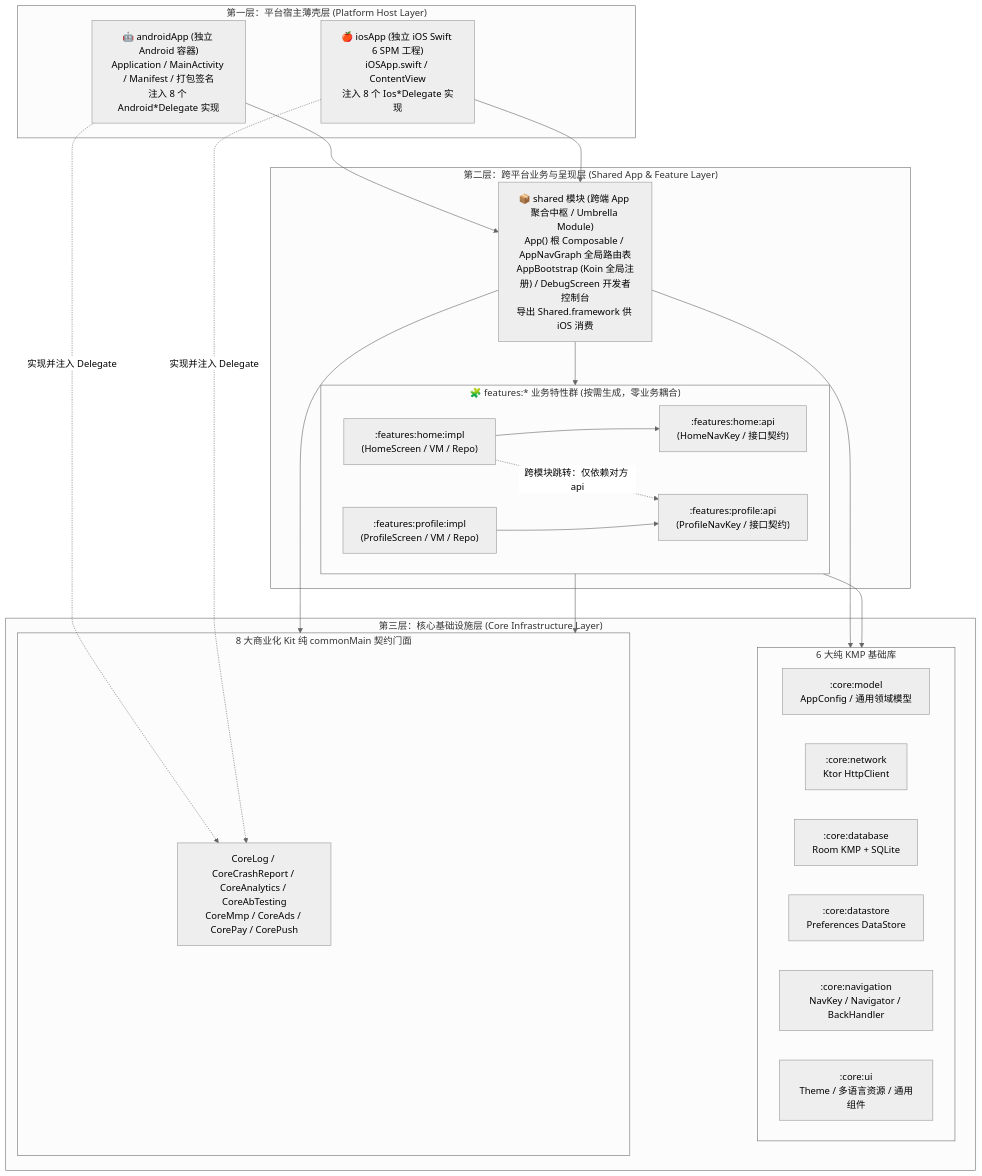
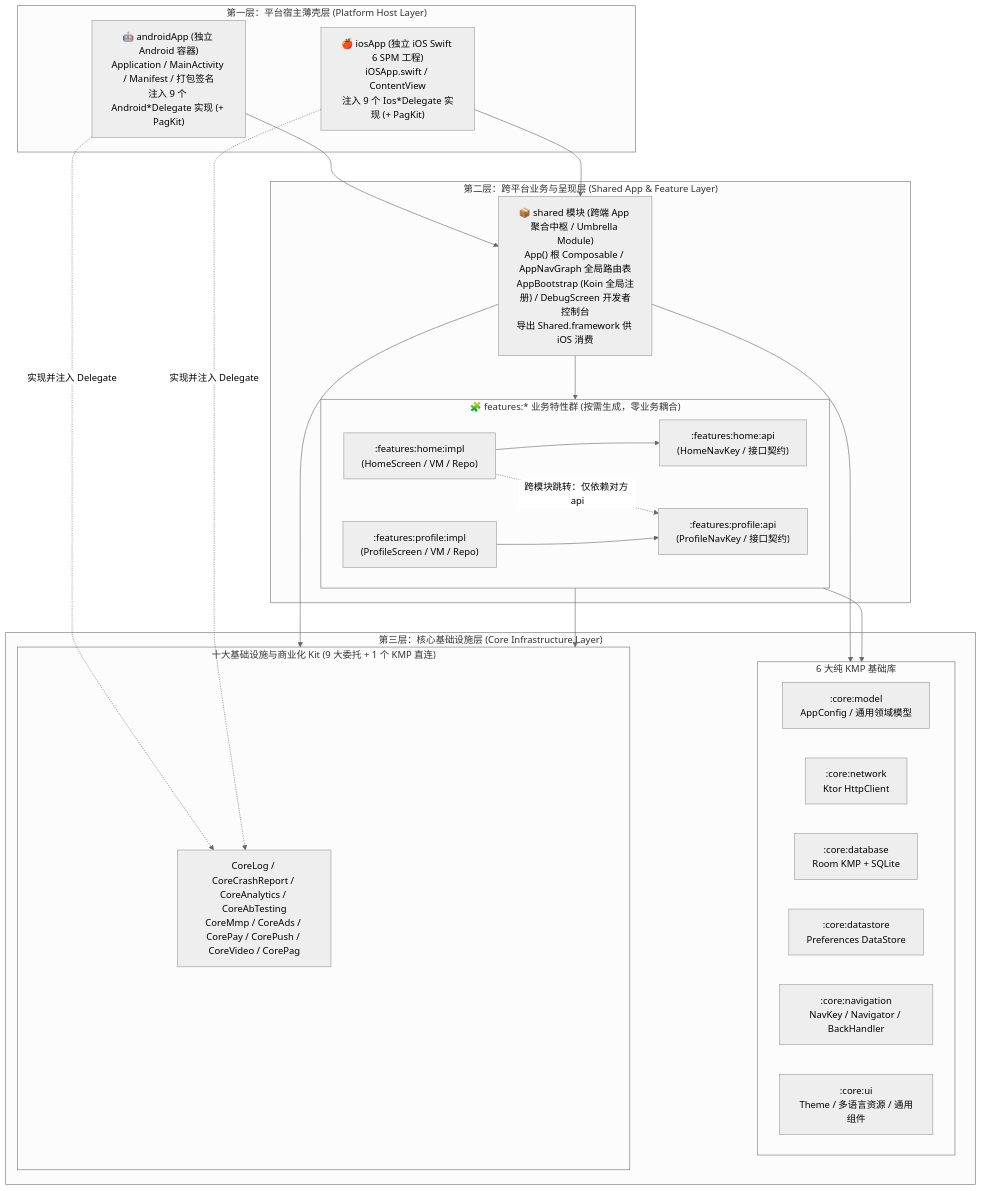
The first of 5 diagrams in README.md (e-hai/Architecture), drawn with Mermaid (neutral theme) before and after one commit. The commit also changed other lines of this file and 50 other files, not shown here.

Commit message:
chore(arch): harden scaffold scripts, upgrade AdsKit 1.0.3 & MmpKit 1.0.1, set targetSdk 35, and gitignore xcodeproj

````diff
--- a/README.md
+++ b/README.md
@@ -86,49 +89,49 @@
 ```mermaid
 flowchart TD
     subgraph Tier1["第一层：平台宿主薄壳层 (Platform Host Layer)"]
-        AndroidApp["🤖 androidApp (独立 Android 容器)\nApplication / MainActivity / Manifest / 打包签名\n注入 8 个 Android*Delegate 实现"]
-        IosApp["🍎 iosApp (独立 iOS Swift 6 SPM 工程)\niOSApp.swift / ContentView\n注入 8 个 Ios*Delegate 实现"]
+        AndroidApp["🤖 androidApp (独立 Android 容器)\nApplication / MainActivity / Manifest / 打包签名\n注入 9 个 Android*Delegate 实现 (+ PagKit)"]
+        IosApp["🍎 iosApp (独立 iOS Swift 6 SPM 工程)\niOSApp.swift / ContentView\n注入 9 个 Ios*Delegate 实现 (+ PagKit)"]
     end
 
     subgraph Tier2["第二层：跨平台业务与呈现层 (Shared App & Feature Layer)"]
         Shared["📦 shared 模块 (跨端 App 聚合中枢 / Umbrella Module)\nApp() 根 Composable / AppNavGraph 全局路由表\nAppBootstrap (Koin 全局注册) / DebugScreen 开发者控制台\n导出 Shared.framework 供 iOS 消费"]
         
         subgraph FeaturesGroup["🧩 features:* 业务特性群 (按需生成，零业务耦合)"]
             direction LR
             HomeApi[":features:home:api\n(HomeNavKey / 接口契约)"]
             HomeImpl[":features:home:impl\n(HomeScreen / VM / Repo)"]
             ProfileApi[":features:profile:api\n(ProfileNavKey / 接口契约)"]
             ProfileImpl[":features:profile:impl\n(ProfileScreen / VM / Repo)"]
 
             HomeImpl --> HomeApi
             HomeImpl -.->|"跨模块跳转：仅依赖对方 api"| ProfileApi
             ProfileImpl --> ProfileApi
         end
 
         Shared --> FeaturesGroup
     end
 
     subgraph Tier3["第三层：核心基础设施层 (Core Infrastructure Layer)"]
         subgraph CoreBase["6 大纯 KMP 基础库"]
             CoreModel[":core:model\nAppConfig / 通用领域模型"]
             CoreNetwork[":core:network\nKtor HttpClient"]
             CoreDatabase[":core:database\nRoom KMP + SQLite"]
             CoreDatastore[":core:datastore\nPreferences DataStore"]
             CoreNav[":core:navigation\nNavKey / Navigator / BackHandler"]
             CoreUi[":core:ui\nTheme / 多语言资源 / 通用组件"]
         end
 
-        subgraph CoreKits["8 大商业化 Kit 纯 commonMain 契约门面"]
-            KitsFacade["CoreLog / CoreCrashReport / CoreAnalytics / CoreAbTesting\nCoreMmp / CoreAds / CorePay / CorePush"]
+        subgraph CoreKits["十大基础设施与商业化 Kit (9 大委托 + 1 个 KMP 直连)"]
+            KitsFacade["CoreLog / CoreCrashReport / CoreAnalytics / CoreAbTesting\nCoreMmp / CoreAds / CorePay / CorePush / CoreVideo / CorePag"]
         end
     end
 
     AndroidApp --> Shared
     IosApp --> Shared
     AndroidApp -.->|"实现并注入 Delegate"| KitsFacade
     IosApp -.->|"实现并注入 Delegate"| KitsFacade
     Shared --> CoreBase
     Shared --> CoreKits
     FeaturesGroup --> CoreBase
     FeaturesGroup --> CoreKits
 ```
````
